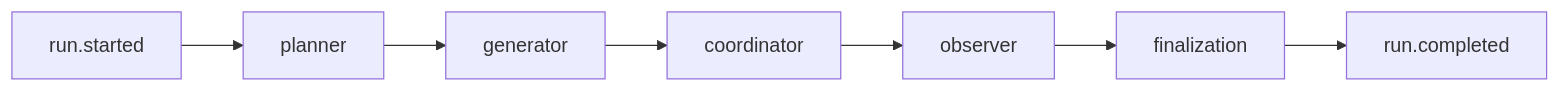
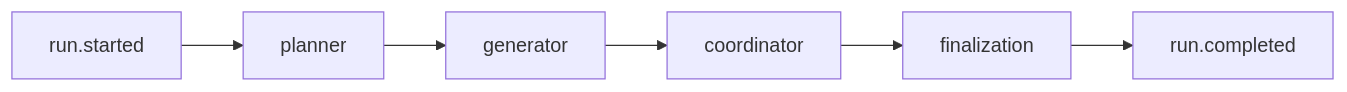
The diagram in docs/workflows/simulation.md (keonho-kim/simula), drawn with Mermaid before and after one commit. The commit also changed other lines of this file and 85 other files, not shown here.

````diff
--- a/docs/workflows/simulation.md
+++ b/docs/workflows/simulation.md
@@ -20,9 +20,8 @@
 ```mermaid
 flowchart LR
     Start["run.started"] --> Planner["planner"]
     Planner --> Generator["generator"]
     Generator --> Coordinator["coordinator"]
-    Coordinator --> Observer["observer"]
-    Observer --> Finalization["finalization"]
+    Coordinator --> Finalization["finalization"]
     Finalization --> Done["run.completed"]
 ```
````
